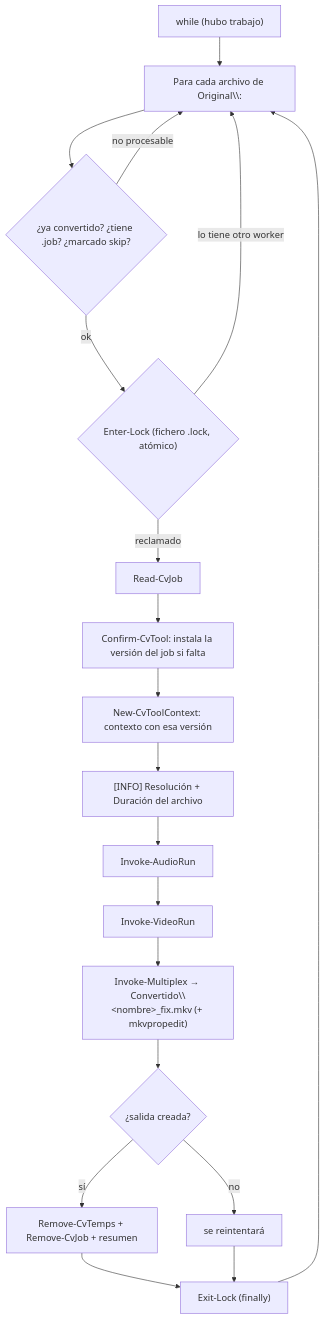
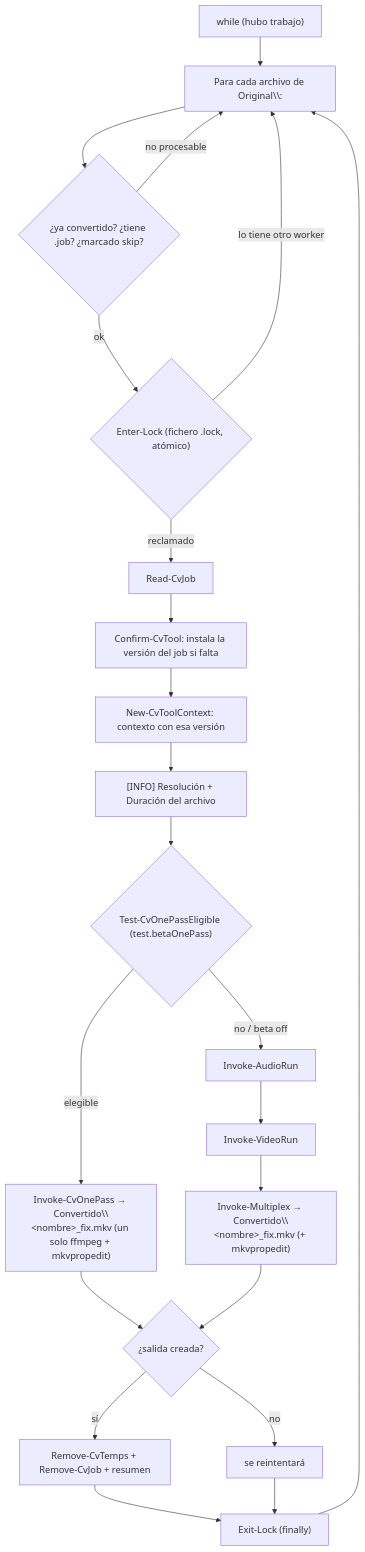
Before and after one commit to vsc55/ConversorVideoCMD: the fourth of 5 diagrams in docs/ref-flujo.md, drawn with Mermaid. The commit also changed other lines of this file and 29 other files, not shown here.

First line of the commit message:
feat(v4.5.0): ejecución one-pass beta, codec de vídeo fuente única y refactor de config anidada

````diff
--- a/docs/ref-flujo.md
+++ b/docs/ref-flujo.md
@@ -124,21 +124,24 @@
 ```mermaid
 flowchart TD
     W0["while (hubo trabajo)"] --> W1["Para cada archivo de Original\\:"]
     W1 --> W2{"¿ya convertido? ¿tiene .job? ¿marcado skip?"}
     W2 -- "no procesable" --> W1
     W2 -- "ok" --> W3{"Enter-Lock (fichero .lock, atómico)"}
     W3 -- "lo tiene otro worker" --> W1
     W3 -- "reclamado" --> W4["Read-CvJob"]
     W4 --> W5["Confirm-CvTool: instala la versión del job si falta"]
     W5 --> W6["New-CvToolContext: contexto con esa versión"]
     W6 --> INFO["[INFO] Resolución + Duración del archivo"]
-    INFO --> A["Invoke-AudioRun"]
+    INFO --> OP{"Test-CvOnePassEligible (test.betaOnePass)"}
+    OP -- "elegible" --> P1["Invoke-CvOnePass → Convertido\\&lt;nombre&gt;_fix.mkv (un solo ffmpeg + mkvpropedit)"]
+    OP -- "no / beta off" --> A["Invoke-AudioRun"]
     A --> V["Invoke-VideoRun"]
     V --> M["Invoke-Multiplex → Convertido\\&lt;nombre&gt;_fix.mkv (+ mkvpropedit)"]
-    M --> OK{"¿salida creada?"}
+    P1 --> OK{"¿salida creada?"}
+    M --> OK
     OK -- "sí" --> CLEAN["Remove-CvTemps + Remove-CvJob + resumen"]
     OK -- "no" --> RETRY["se reintentará"]
     CLEAN --> UNLOCK["Exit-Lock (finally)"]
     RETRY --> UNLOCK
     UNLOCK --> W1
 ```
````
